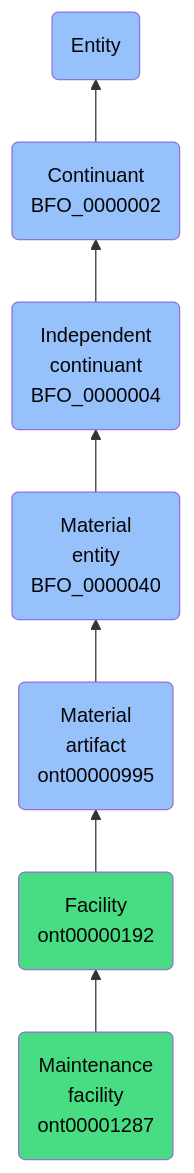
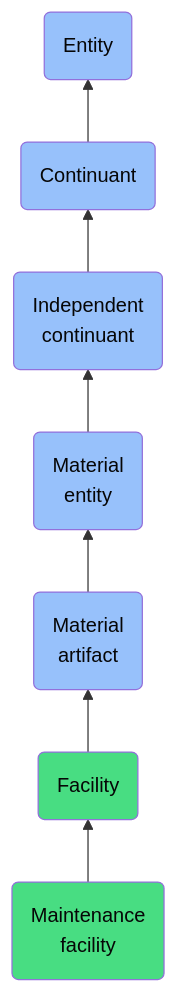
The diagram in docs/ontology/reference/model/Entity/Continuant/Independent continuant/Material entity/Material artifact/Facility/Maintenance facility/Maintenance facility.md (jupyter-naas/abi), drawn with Mermaid before and after one commit. The commit also changed other lines of this file and 1430 other files, not shown here.

````diff
--- a/docs/ontology/reference/model/Entity/Continuant/Independent continuant/Material entity/Material artifact/Facility/Maintenance facility/Maintenance facility.md
+++ b/docs/ontology/reference/model/Entity/Continuant/Independent continuant/Material entity/Material artifact/Facility/Maintenance facility/Maintenance facility.md
@@ -24,14 +24,14 @@
 ```mermaid
 graph BT
-    ont00001287(Maintenance<br>facility<br>ont00001287):::ABI-->ont00000192
-    ont00000192(Facility<br>ont00000192):::ABI-->ont00000995
-    ont00000995(Material<br>artifact<br>ont00000995):::BFO-->BFO_0000040
-    BFO_0000040(Material<br>entity<br>BFO_0000040):::BFO-->BFO_0000004
-    BFO_0000004(Independent<br>continuant<br>BFO_0000004):::BFO-->BFO_0000002
-    BFO_0000002(Continuant<br>BFO_0000002):::BFO-->BFO_0000001
+    ont00001287(Maintenance<br>facility):::ABI-->ont00000192
+    ont00000192(Facility):::ABI-->ont00000995
+    ont00000995(Material<br>artifact):::BFO-->BFO_0000040
+    BFO_0000040(Material<br>entity):::BFO-->BFO_0000004
+    BFO_0000004(Independent<br>continuant):::BFO-->BFO_0000002
+    BFO_0000002(Continuant):::BFO-->BFO_0000001
     BFO_0000001(Entity):::BFO
     
     classDef BFO fill:#97c1fb,color:#060606
     classDef CCO fill:#e4c51e,color:#060606
     classDef ABI fill:#48DD82,color:#060606
 ```
````
